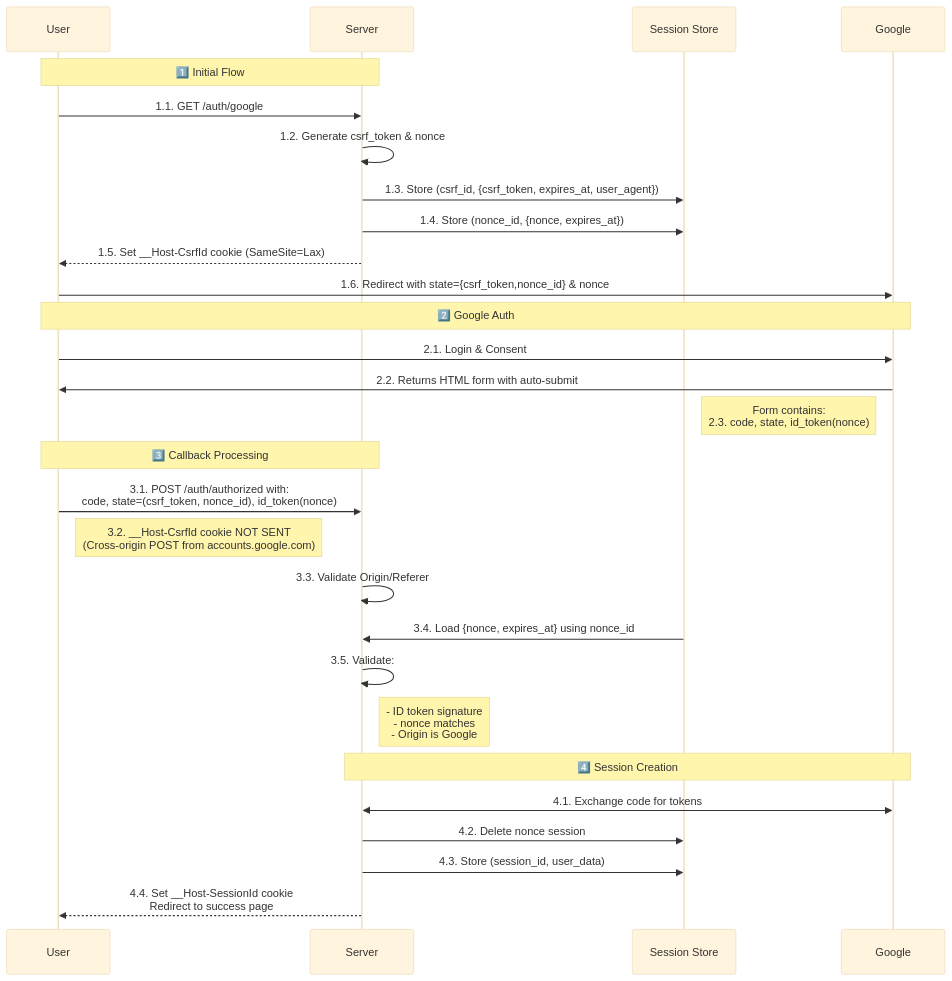
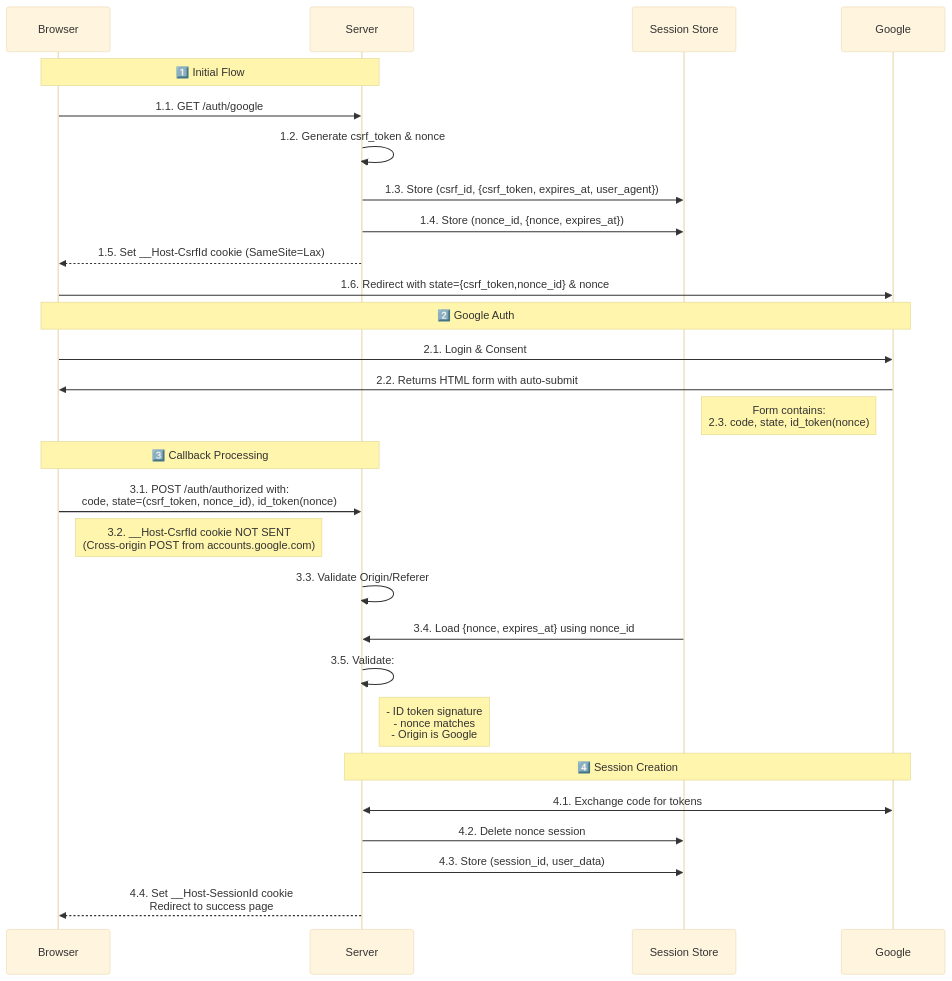
Before and after one commit to ktaka-ccmp/axum-google-oauth2: the first of 3 diagrams in Readme.md, drawn with Mermaid (base theme). The commit also changed other lines of this file, not shown here.

Commit message:
As of 202411271139

````diff
--- a/Readme.md
+++ b/Readme.md
@@ -63,35 +63,35 @@
 ```mermaid
 sequenceDiagram
-    participant User
+    participant Browser
     participant Server
     participant Session Store
     participant Google
 
-    Note over User,Server: 1️⃣ Initial Flow
-    User->>Server: 1.1. GET /auth/google
+    Note over Browser,Server: 1️⃣ Initial Flow
+    Browser->>Server: 1.1. GET /auth/google
     Server->>Server: 1.2. Generate csrf_token & nonce
     Server->>Session Store: 1.3. Store (csrf_id, {csrf_token, expires_at, user_agent})
     Server->>Session Store: 1.4. Store (nonce_id, {nonce, expires_at})
-    Server-->>User: 1.5. Set __Host-CsrfId cookie (SameSite=Lax)
-    User->>Google: 1.6. Redirect with state={csrf_token,nonce_id} & nonce
+    Server-->>Browser: 1.5. Set __Host-CsrfId cookie (SameSite=Lax)
+    Browser->>Google: 1.6. Redirect with state={csrf_token,nonce_id} & nonce
     
-    Note over User,Google: 2️⃣ Google Auth
-    User->>Google: 2.1. Login & Consent
-    Google->>User: 2.2. Returns HTML form with auto-submit
+    Note over Browser,Google: 2️⃣ Google Auth
+    Browser->>Google: 2.1. Login & Consent
+    Google->>Browser: 2.2. Returns HTML form with auto-submit
     Note left of Google: Form contains:<br/>2.3. code, state, id_token(nonce)
 
-    Note over User,Server: 3️⃣ Callback Processing
-    User->>Server: 3.1. POST /auth/authorized with:<br/>code, state=(csrf_token, nonce_id), id_token(nonce)
-    Note right of User: 3.2. __Host-CsrfId cookie NOT SENT<br/>(Cross-origin POST from accounts.google.com)
+    Note over Browser,Server: 3️⃣ Callback Processing
+    Browser->>Server: 3.1. POST /auth/authorized with:<br/>code, state=(csrf_token, nonce_id), id_token(nonce)
+    Note right of Browser: 3.2. __Host-CsrfId cookie NOT SENT<br/>(Cross-origin POST from accounts.google.com)
     
     Server->>Server: 3.3. Validate Origin/Referer
     Session Store->>Server: 3.4. Load {nonce, expires_at} using nonce_id
     Server->>Server: 3.5. Validate:
     Note right of Server: - ID token signature<br/>- nonce matches<br/>- Origin is Google
     
     Note over Server,Google: 4️⃣ Session Creation
     Server<<->>Google: 4.1. Exchange code for tokens
     Server->>Session Store: 4.2. Delete nonce session
     Server->>Session Store: 4.3. Store (session_id, user_data)
-    Server-->>User: 4.4. Set __Host-SessionId cookie<br/>Redirect to success page
+    Server-->>Browser: 4.4. Set __Host-SessionId cookie<br/>Redirect to success page
 ```
````
